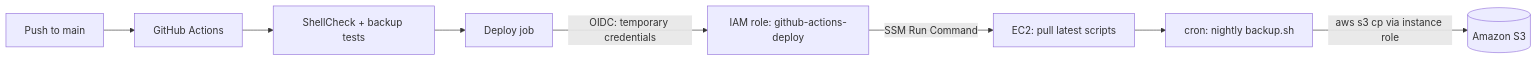
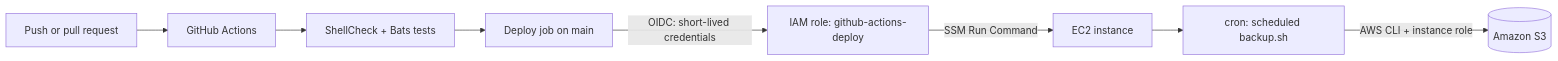
One commit to srushtirevoor99-beep/cloudops-toolkit changed the diagram in README.md. Above: the diagram before and after it, drawn with Mermaid. The commit also changed other lines of this file, not shown here.

````diff
--- a/README.md
+++ b/README.md
@@ -38,10 +31,10 @@
 ```mermaid
 flowchart LR
-    A["Push to main"] --> B["GitHub Actions"]
-    B --> C["ShellCheck + backup tests"]
-    C --> D["Deploy job"]
-    D -->|"OIDC: temporary credentials"| E["IAM role: github-actions-deploy"]
-    E -->|"SSM Run Command"| F["EC2: pull latest scripts"]
-    F --> G["cron: nightly backup.sh"]
-    G -->|"aws s3 cp via instance role"| H[("Amazon S3")]
+    A["Push or pull request"] --> B["GitHub Actions"]
+    B --> C["ShellCheck + Bats tests"]
+    C --> D["Deploy job on main"]
+    D -->|"OIDC: short-lived credentials"| E["IAM role: github-actions-deploy"]
+    E -->|"SSM Run Command"| F["EC2 instance"]
+    F --> G["cron: scheduled backup.sh"]
+    G -->|"AWS CLI + instance role"| H[("Amazon S3")]
 ```
````
